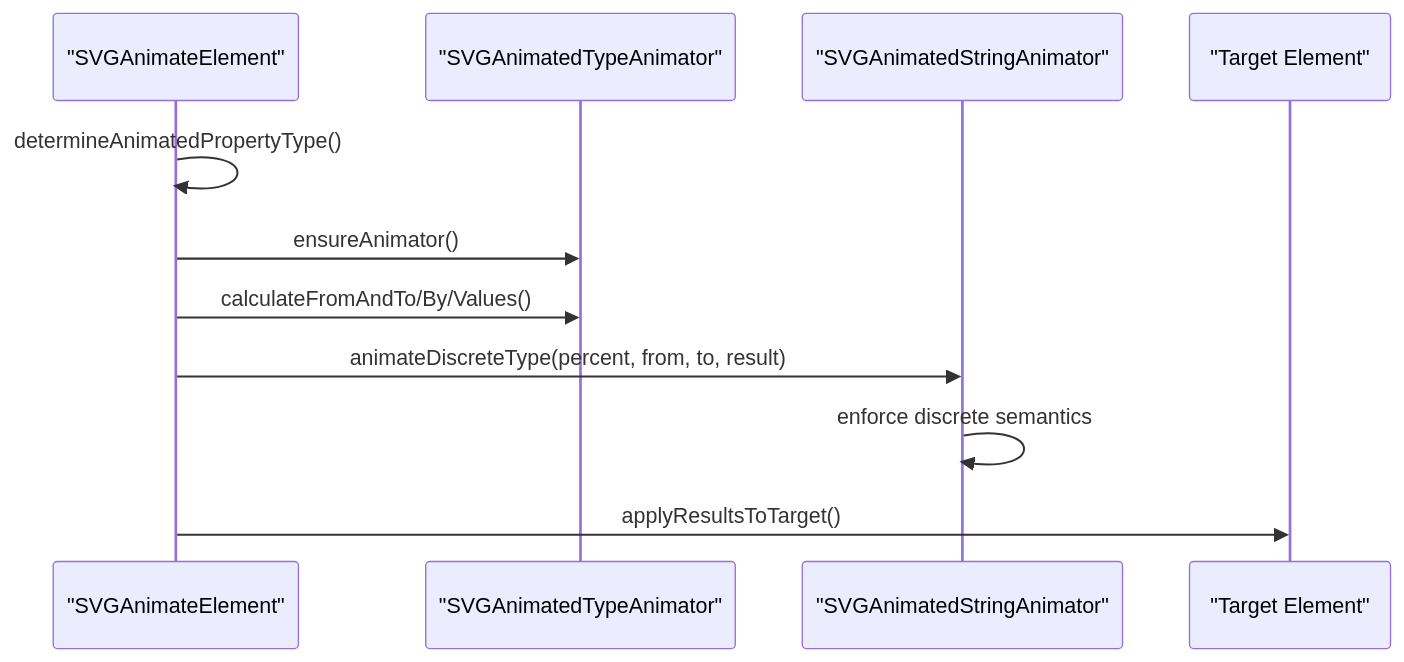
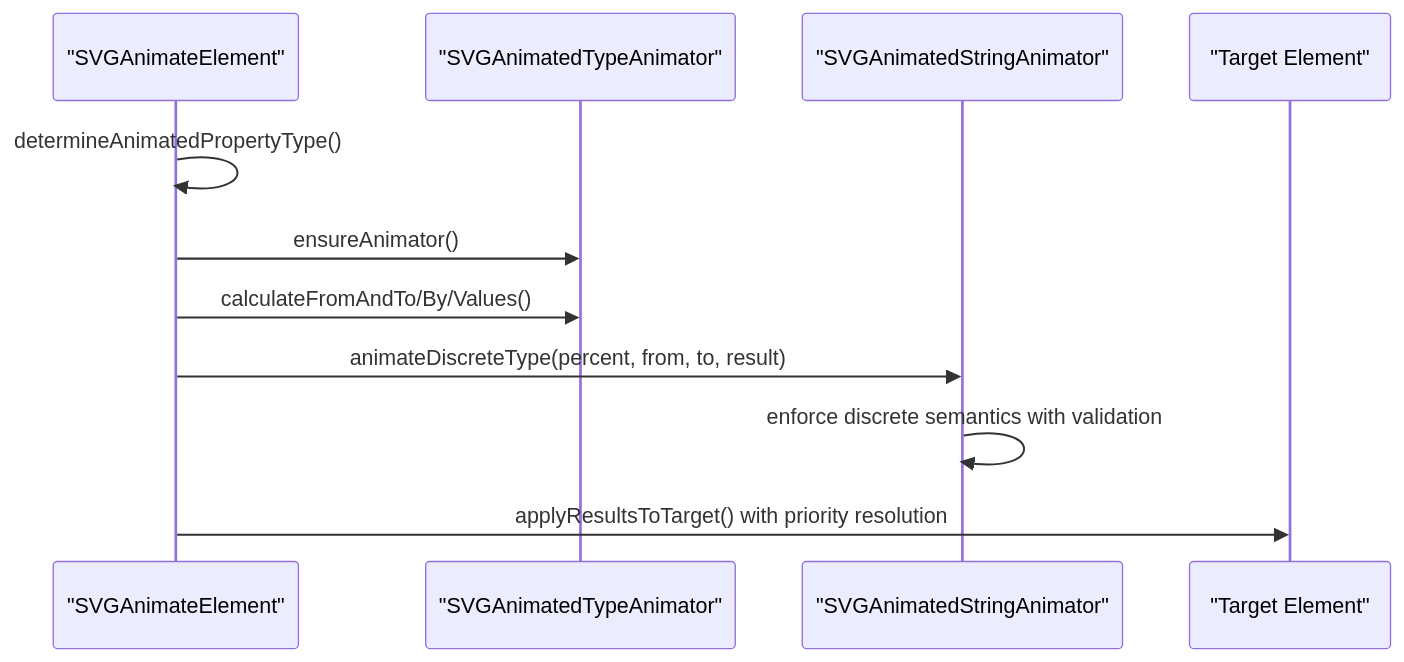
Before and after one commit to denisnadey/flutter_full_svg_support: the seventh of 11 diagrams in .qoder/repowiki/en/content/Animated SVG Support/SMIL Animation Specification/SMIL Animation Specification.md, drawn with Mermaid. The commit also changed other lines of this file and 20 other files, not shown here.

````diff
--- a/.qoder/repowiki/en/content/Animated SVG Support/SMIL Animation Specification/SMIL Animation Specification.md
+++ b/.qoder/repowiki/en/content/Animated SVG Support/SMIL Animation Specification/SMIL Animation Specification.md
@@ -337,13 +413,13 @@
 ```mermaid
 sequenceDiagram
 participant AE as "SVGAnimateElement"
 participant AT as "SVGAnimatedTypeAnimator"
 participant SA as "SVGAnimatedStringAnimator"
 participant Target as "Target Element"
 AE->>AE : determineAnimatedPropertyType()
 AE->>AT : ensureAnimator()
 AE->>AT : calculateFromAndTo/By/Values()
 AE->>SA : animateDiscreteType(percent, from, to, result)
-SA->>SA : enforce discrete semantics
-AE->>Target : applyResultsToTarget()
+SA->>SA : enforce discrete semantics with validation
+AE->>Target : applyResultsToTarget() with priority resolution
 ```
````
